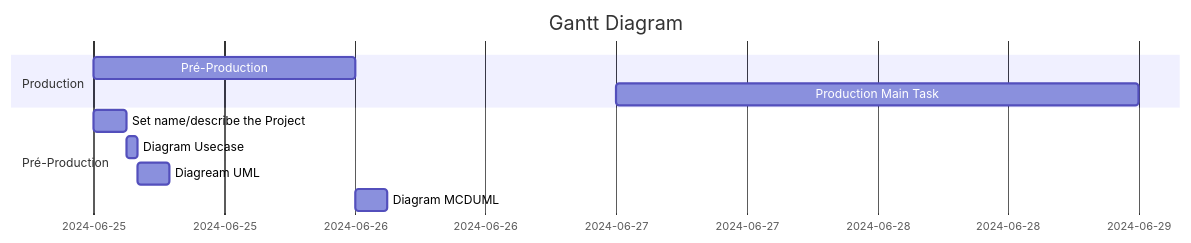
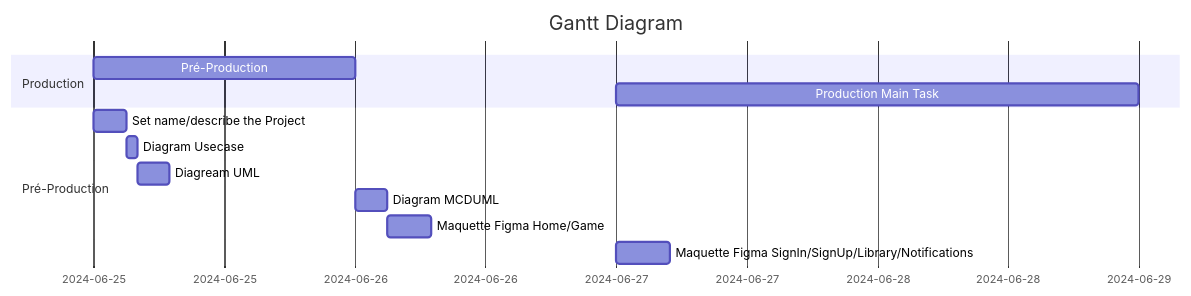
One commit to JameS-Gmz/api-Rest changed the first of 3 diagrams in README.md. Above: the diagram before and after it, drawn with Mermaid.

````diff
--- a/README.md
+++ b/README.md
@@ -48,15 +48,15 @@
 ```mermaid
 gantt
     title Gantt Diagram
     dateFormat YYYY-MM-DD
     section Production
         Pré-Production   :a1, 2024-06-25, 1d
         Production Main Task : 2024-06-27, 2d
     section Pré-Production
         Set name/describe the Project :2024-06-25, 3h
         Diagram Usecase  : 1h
         Diagream UML : 3h
-        Diagram MCDUML : 2024-06-26, 3h 
-
-
+        Diagram MCDUML : 2024-06-26, 3h
+        Maquette Figma Home/Game : 4h
+        Maquette Figma SignIn/SignUp/Library/Notifications : 2024-06-27,5h
 ```
````
